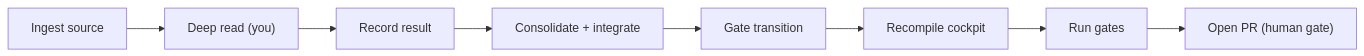
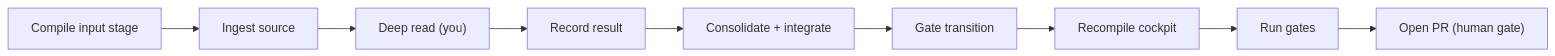
One commit to kimlage/wiki-viva-kit changed the diagram in .skills/wiki-viva/reference/operating.md. Above: the diagram before and after it, drawn with Mermaid. The commit also changed other lines of this file and 86 other files, not shown here.

Commit message:
Add integral root entity input stage v6.8

````diff
--- a/.skills/wiki-viva/reference/operating.md
+++ b/.skills/wiki-viva/reference/operating.md
@@ -8,10 +8,11 @@
 ```mermaid
 flowchart LR
-    A["Ingest source"] --> B["Deep read (you)"]
+    S["Compile input stage"] --> A["Ingest source"]
+    A --> B["Deep read (you)"]
     B --> C["Record result"]
     C --> CI["Consolidate + integrate"]
     CI --> D["Gate transition"]
     D --> E["Recompile cockpit"]
     E --> F["Run gates"]
     F --> G["Open PR (human gate)"]
 ```
````
